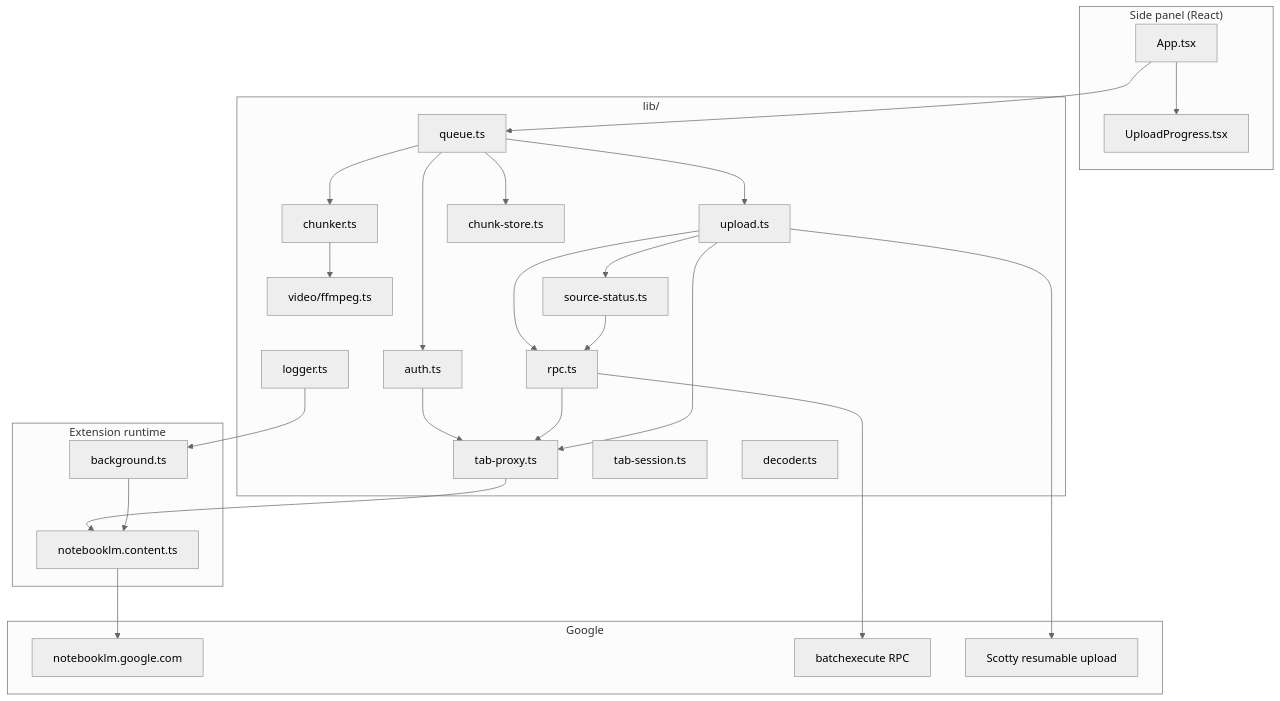
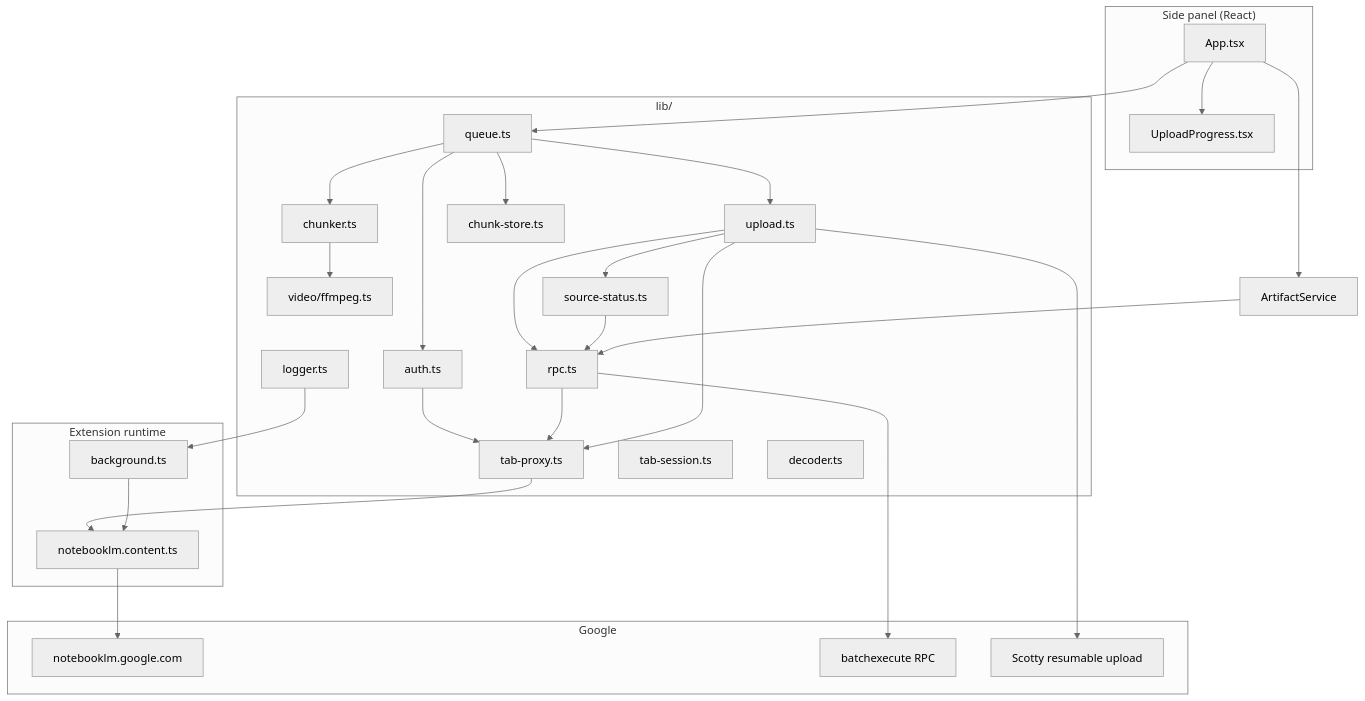
Before and after one commit to jashanDev12/Automate-notebookLM: the first of 2 diagrams in IMPLEMENTATION.md, drawn with Mermaid (neutral theme). The commit also changed other lines of this file and 8 other files, not shown here.

````diff
--- a/IMPLEMENTATION.md
+++ b/IMPLEMENTATION.md
@@ -30,53 +30,56 @@
 ```mermaid
 flowchart TB
   subgraph UI["Side panel (React)"]
     App["App.tsx"]
     Progress["UploadProgress.tsx"]
     App --> Progress
   end
 
   subgraph Core["lib/"]
     Queue["queue.ts"]
     Chunker["chunker.ts"]
     FFmpeg["video/ffmpeg.ts"]
     Upload["upload.ts"]
     RPC["rpc.ts"]
     SourceStatus["source-status.ts"]
     ChunkStore["chunk-store.ts"]
     Auth["auth.ts"]
     TabProxy["tab-proxy.ts"]
     TabSession["tab-session.ts"]
     Decoder["decoder.ts"]
     Logger["logger.ts"]
   end
 
   subgraph Extension["Extension runtime"]
     BG["background.ts"]
     CS["notebooklm.content.ts"]
   end
 
   subgraph External["Google"]
     NLM["notebooklm.google.com"]
     Batchexecute["batchexecute RPC"]
     Scotty["Scotty resumable upload"]
   end
 
   App --> Queue
   Queue --> Chunker
   Chunker --> FFmpeg
   Queue --> Upload
   Upload --> RPC
   Upload --> SourceStatus
   Queue --> ChunkStore
   Queue --> Auth
   Auth --> TabProxy
   RPC --> TabProxy
   Upload --> TabProxy
   SourceStatus --> RPC
   TabProxy --> CS
   CS --> NLM
   RPC --> Batchexecute
   Upload --> Scotty
   BG --> CS
   Logger --> BG
+
+  App --> ArtifactService
+  ArtifactService --> RPC
 ```
````
